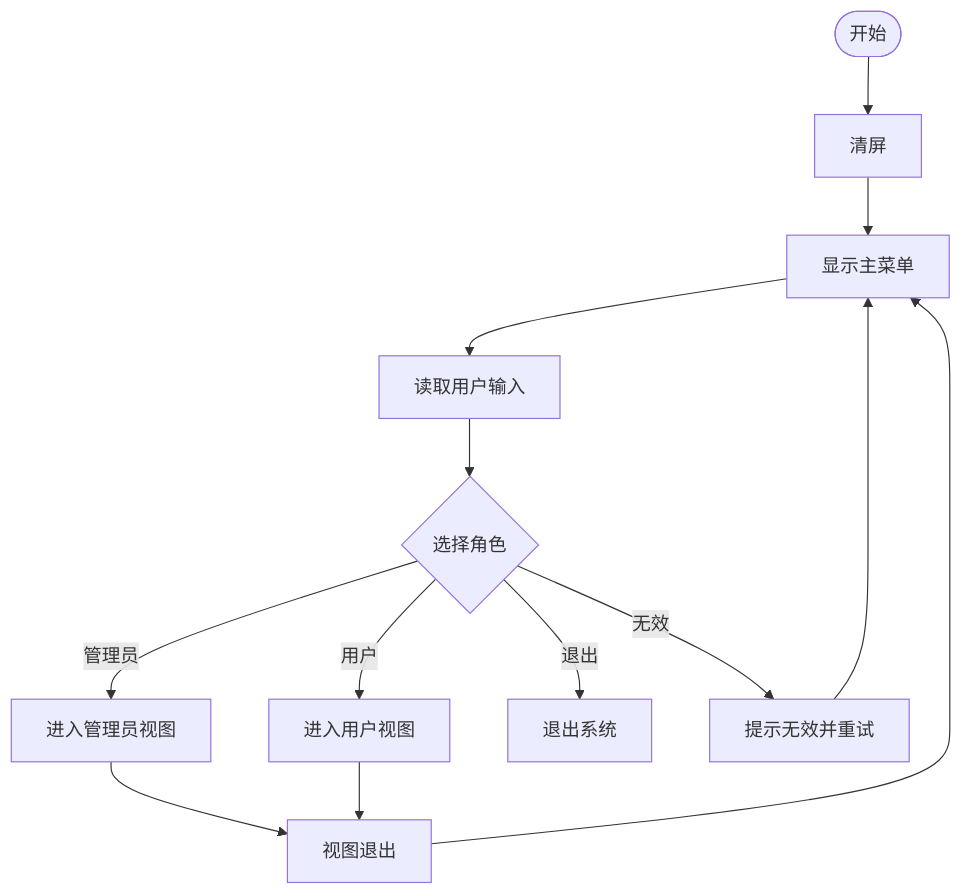
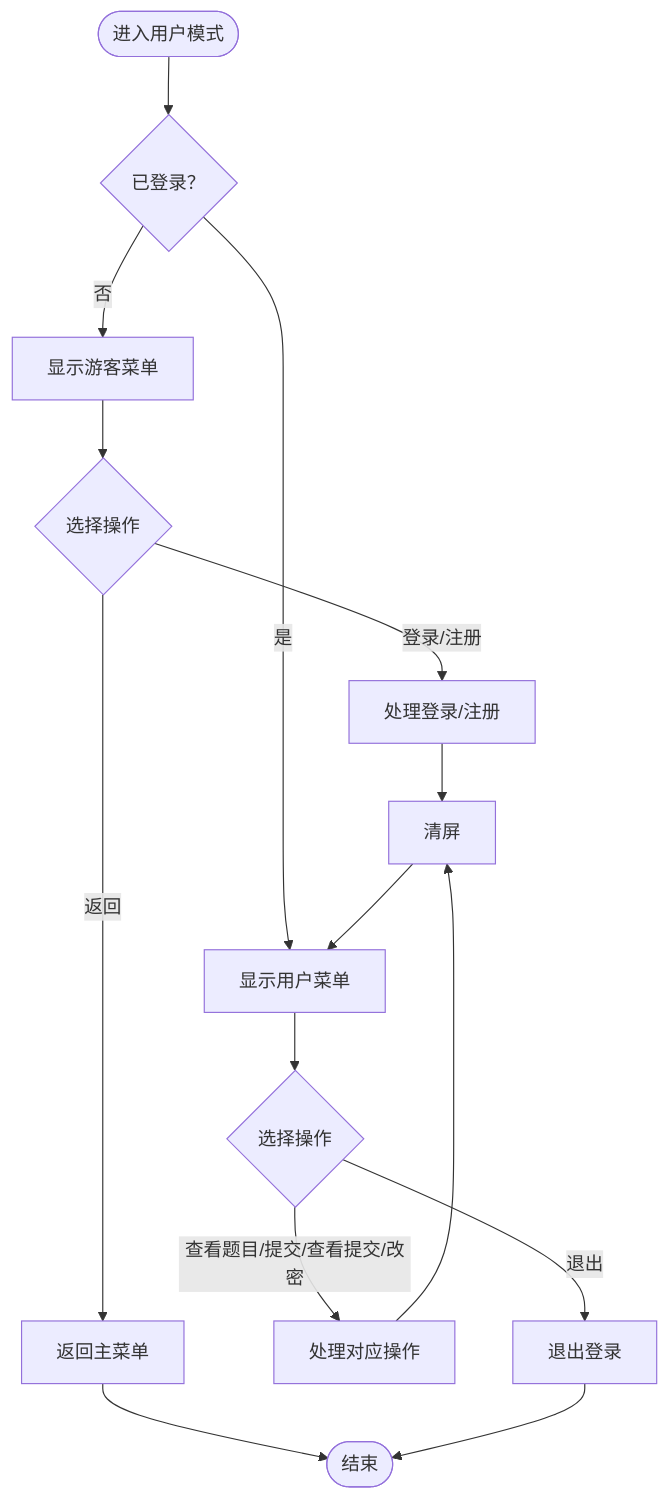
One commit to jinpeng900/OJ-Test changed the seventh of 9 diagrams in .qoder/repowiki/zh/content/开发指南.md. Above: the diagram before and after it, drawn with Mermaid. The commit also changed other lines of this file and 65 other files, not shown here.

````diff
--- a/.qoder/repowiki/zh/content/开发指南.md
+++ b/.qoder/repowiki/zh/content/开发指南.md
@@ -276,15 +274,17 @@
 ```mermaid
 flowchart TD
-Start(["开始"]) --> Clear["清屏"]
-Clear --> ShowMenu["显示主菜单"]
-ShowMenu --> Input["读取用户输入"]
-Input --> Choice{"选择角色"}
-Choice --> |管理员| EnterAdmin["进入管理员视图"]
-Choice --> |用户| EnterUser["进入用户视图"]
-Choice --> |退出| Exit["退出系统"]
-Choice --> |无效| Invalid["提示无效并重试"]
-Invalid --> ShowMenu
-EnterAdmin --> Back["视图退出"]
-EnterUser --> Back
-Back --> ShowMenu
+Start(["进入用户模式"]) --> Guest{"已登录？"}
+Guest --> |否| ShowGuest["显示游客菜单"]
+Guest --> |是| ShowUser["显示用户菜单"]
+ShowGuest --> ChoiceG{"选择操作"}
+ShowUser --> ChoiceU{"选择操作"}
+ChoiceG --> |登录/注册| LoginReg["处理登录/注册"]
+ChoiceG --> |返回| BackG["返回主菜单"]
+ChoiceU --> |查看题目/提交/查看提交/改密| Oper["处理对应操作"]
+ChoiceU --> |退出| Logout["退出登录"]
+LoginReg --> Clear["清屏"]
+Oper --> Clear
+Clear --> ShowUser
+BackG --> End(["结束"])
+Logout --> End
 ```
````
